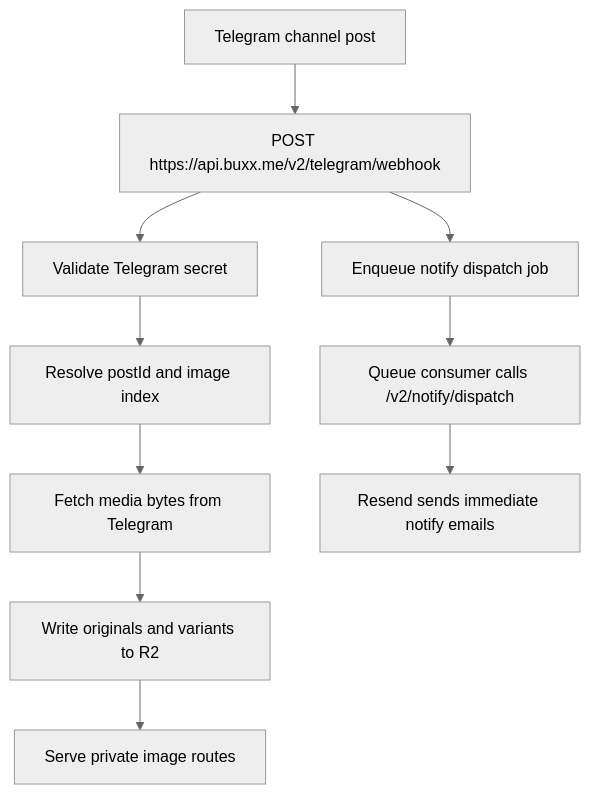
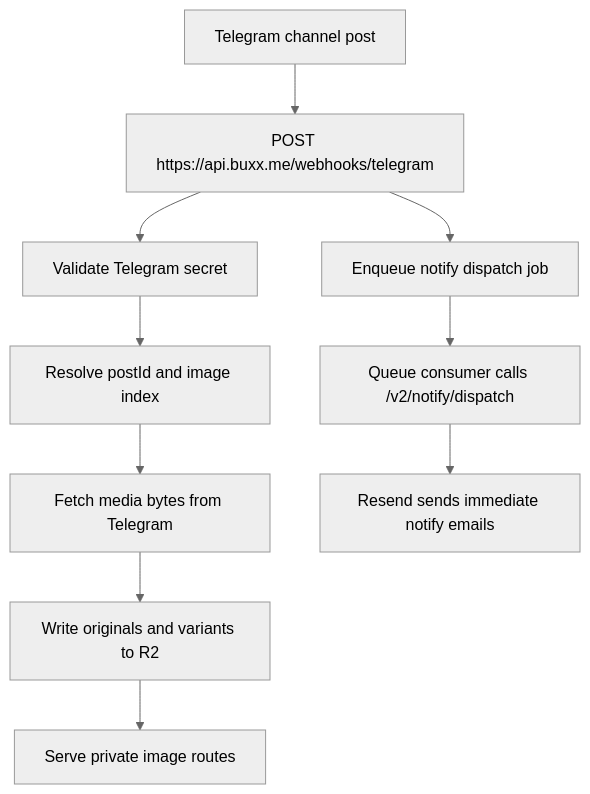
One commit to bunizao/site changed the diagram in src/content/docs/docs/pipeline/telegram.md. Above: the diagram before and after it, drawn with Mermaid (neutral theme). The commit also changed other lines of this file and 9 other files, not shown here.

Commit message:
fix: align telegram webhook health route

````diff
--- a/src/content/docs/docs/pipeline/telegram.md
+++ b/src/content/docs/docs/pipeline/telegram.md
@@ -11,12 +11,12 @@
 ```mermaid
 flowchart TD
-  A["Telegram channel post"] --> B["POST https://api.buxx.me/v2/telegram/webhook"]
+  A["Telegram channel post"] --> B["POST https://api.buxx.me/webhooks/telegram"]
   B --> C["Validate Telegram secret"]
   C --> D["Resolve postId and image index"]
   D --> E["Fetch media bytes from Telegram"]
   E --> F["Write originals and variants to R2"]
   F --> G["Serve private image routes"]
   B --> H["Enqueue notify dispatch job"]
   H --> I["Queue consumer calls /v2/notify/dispatch"]
   I --> J["Resend sends immediate notify emails"]
 ```
````
